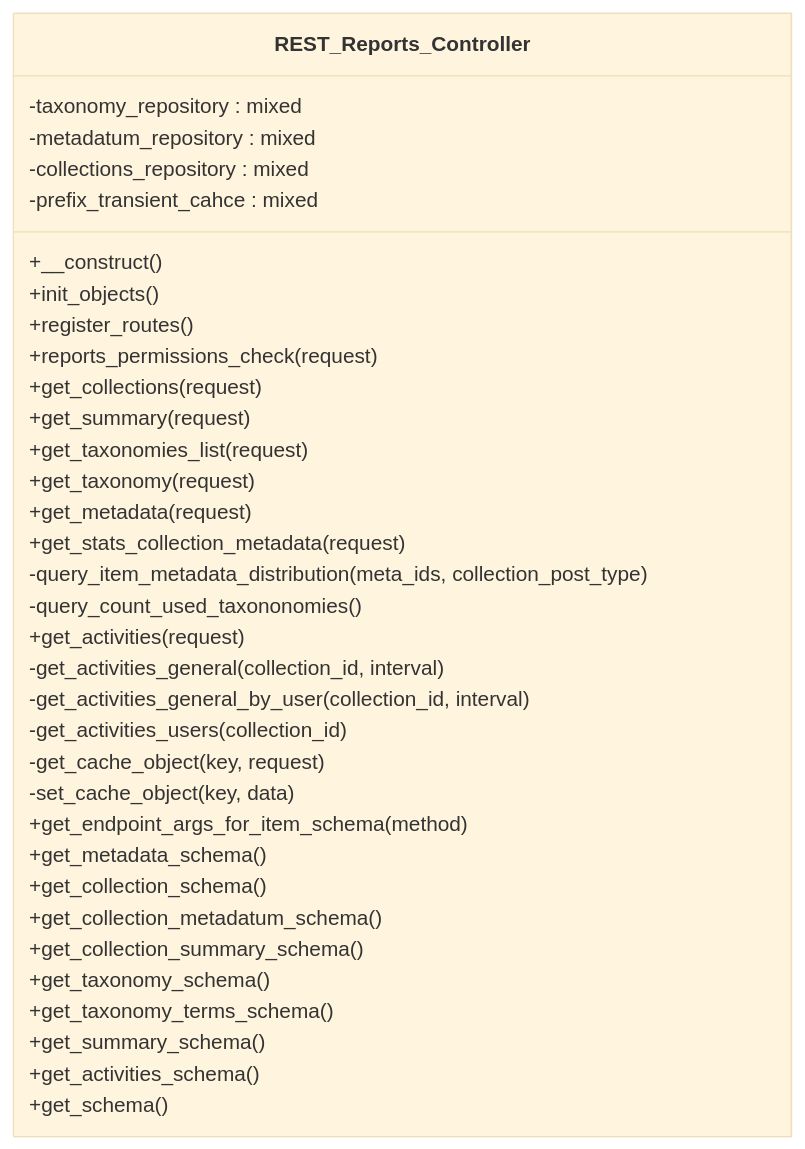
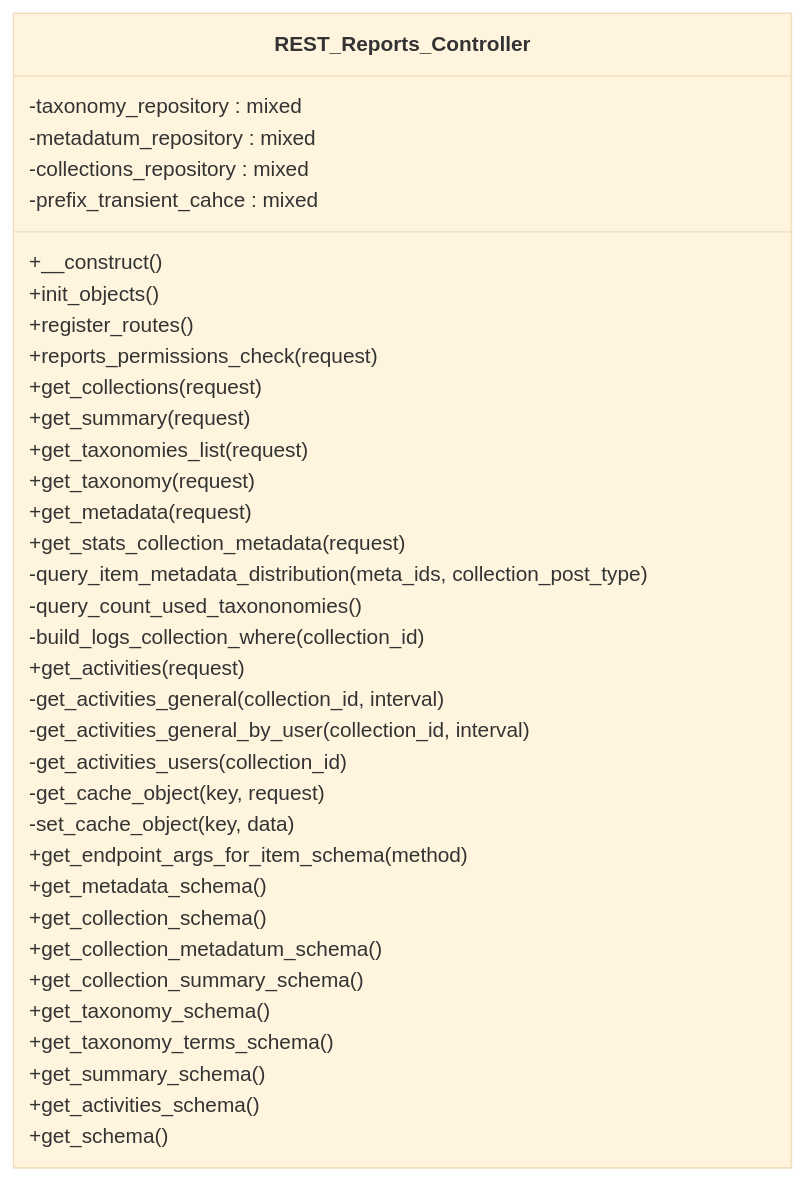
One commit to tainacan/tainacan changed the diagram in docs/phpdoc/classes/Tainacan/API/EndPoints/REST_Reports_Controller.mmd. Above: the diagram before and after it, drawn with Mermaid (base theme). The commit also changed 8 other files, not shown here.

```diff
--- a/docs/phpdoc/classes/Tainacan/API/EndPoints/REST_Reports_Controller.mmd
+++ b/docs/phpdoc/classes/Tainacan/API/EndPoints/REST_Reports_Controller.mmd
@@ -1,36 +1,37 @@
 classDiagram
     direction TB
     class REST_Reports_Controller {
         -taxonomy_repository : mixed
         -metadatum_repository : mixed
         -collections_repository : mixed
         -prefix_transient_cahce : mixed
         +__construct()
         +init_objects()
         +register_routes()
         +reports_permissions_check(request)
         +get_collections(request)
         +get_summary(request)
         +get_taxonomies_list(request)
         +get_taxonomy(request)
         +get_metadata(request)
         +get_stats_collection_metadata(request)
         -query_item_metadata_distribution(meta_ids, collection_post_type)
         -query_count_used_taxononomies()
+        -build_logs_collection_where(collection_id)
         +get_activities(request)
         -get_activities_general(collection_id, interval)
         -get_activities_general_by_user(collection_id, interval)
         -get_activities_users(collection_id)
         -get_cache_object(key, request)
         -set_cache_object(key, data)
         +get_endpoint_args_for_item_schema(method)
         +get_metadata_schema()
         +get_collection_schema()
         +get_collection_metadatum_schema()
         +get_collection_summary_schema()
         +get_taxonomy_schema()
         +get_taxonomy_terms_schema()
         +get_summary_schema()
         +get_activities_schema()
         +get_schema()
     }
```
